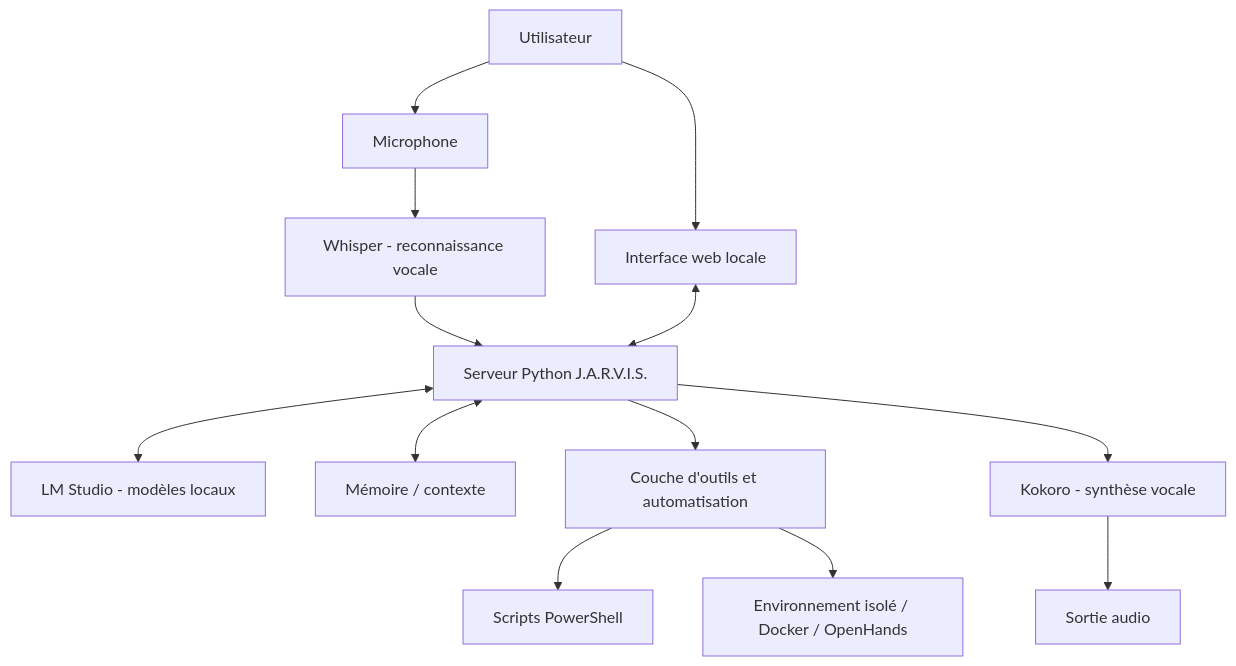
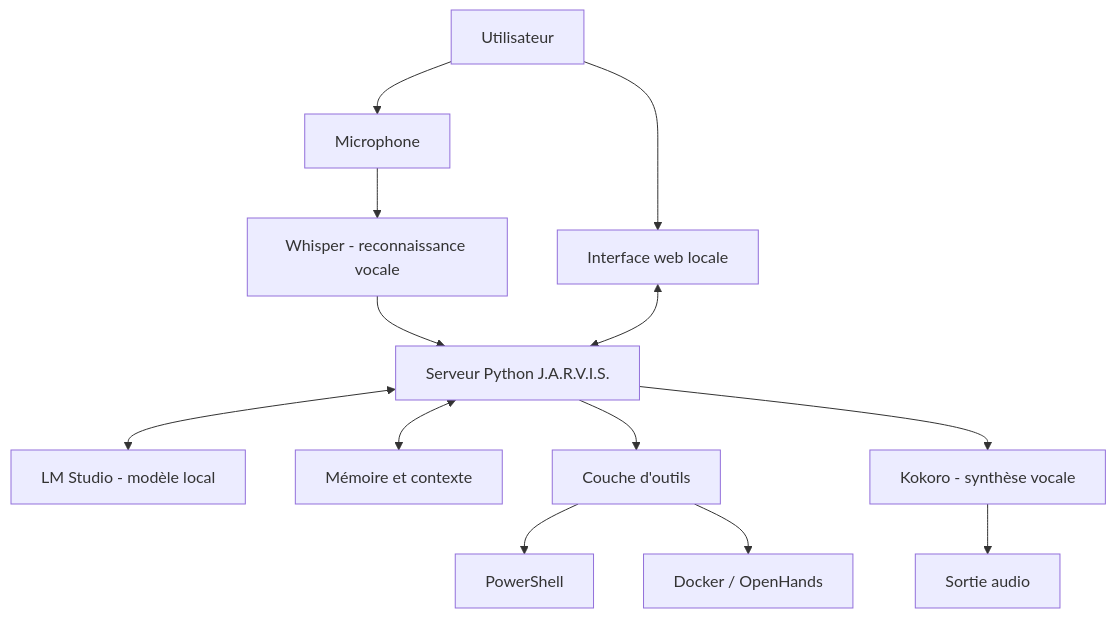
One commit to AnneGaaby/JARVIS-AI-Assistant changed the diagram in README.md. Above: the diagram before and after it, drawn with Mermaid. The commit also changed other lines of this file, not shown here.

````diff
--- a/README.md
+++ b/README.md
@@ -66,15 +77,15 @@
 ```mermaid
 flowchart TD
     U[Utilisateur] --> UI[Interface web locale]
     U --> MIC[Microphone]
     MIC --> STT[Whisper - reconnaissance vocale]
     STT --> APP[Serveur Python J.A.R.V.I.S.]
     UI <--> APP
-    APP <--> LLM[LM Studio - modèles locaux]
-    APP <--> MEM[Mémoire / contexte]
-    APP --> TOOLS[Couche d'outils et automatisation]
-    TOOLS --> PS[Scripts PowerShell]
-    TOOLS --> ENV[Environnement isolé / Docker / OpenHands]
+    APP <--> LLM[LM Studio - modèle local]
+    APP <--> MEM[Mémoire et contexte]
+    APP --> TOOLS[Couche d'outils]
+    TOOLS --> PS[PowerShell]
+    TOOLS --> ENV[Docker / OpenHands]
     APP --> TTS[Kokoro - synthèse vocale]
-    TTS --> OUT[Sortie audio]
+    TTS --> AUDIO[Sortie audio]
 ```
````
